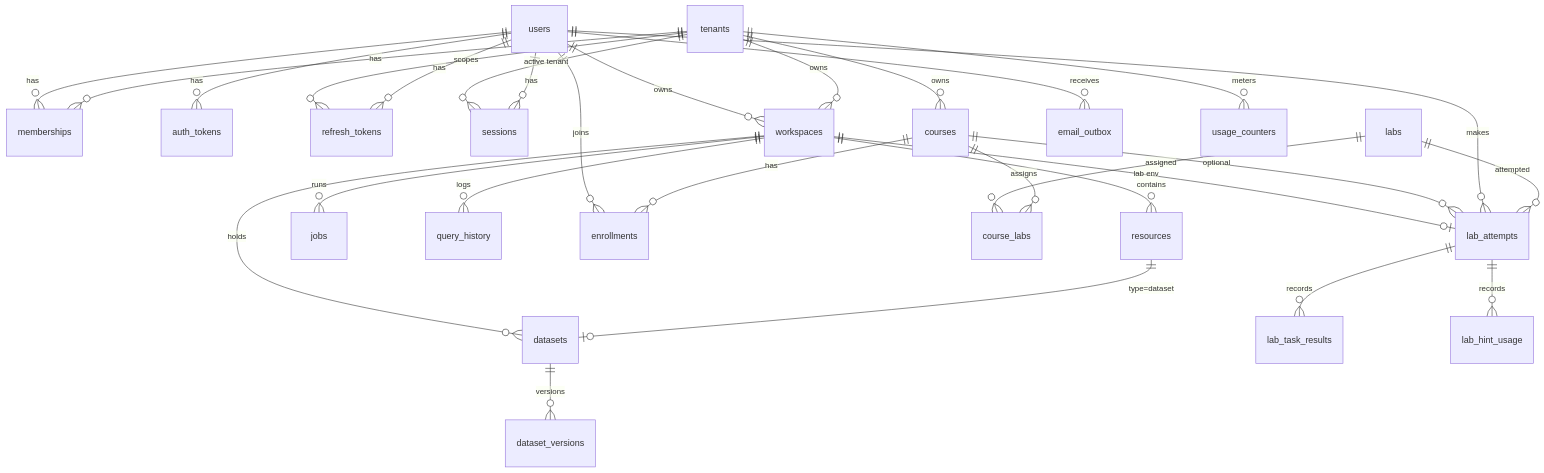
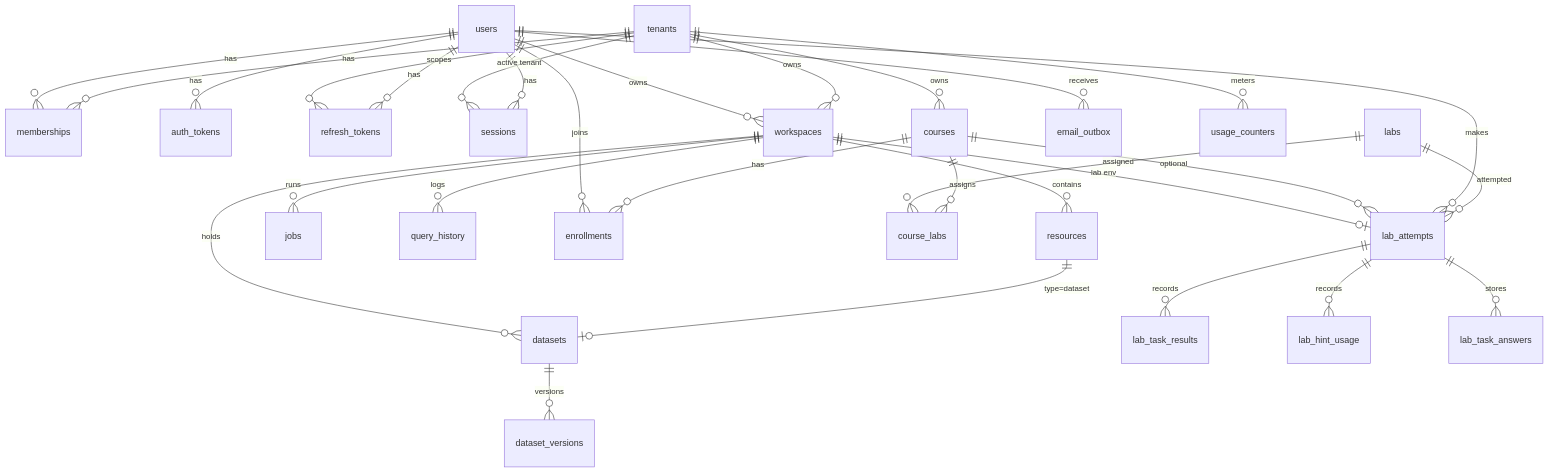
The diagram in docs/database/SCHEMA.md (gustabin/educloudlab), drawn with Mermaid before and after one commit. The commit also changed other lines of this file and 77 other files, not shown here.

````diff
--- a/docs/database/SCHEMA.md
+++ b/docs/database/SCHEMA.md
@@ -64,31 +65,32 @@
 ```mermaid
 erDiagram
   tenants ||--o{ memberships : has
   users ||--o{ memberships : has
   users ||--o{ auth_tokens : has
   users ||--o{ refresh_tokens : has
   users ||--o{ sessions : has
   tenants ||--o{ sessions : "active tenant"
   tenants ||--o{ refresh_tokens : scopes
   tenants ||--o{ workspaces : owns
   users ||--o{ workspaces : owns
   workspaces ||--o{ resources : contains
   resources ||--o| datasets : "type=dataset"
   workspaces ||--o{ datasets : holds
   datasets ||--o{ dataset_versions : versions
   workspaces ||--o{ jobs : runs
   workspaces ||--o{ query_history : logs
   tenants ||--o{ courses : owns
   courses ||--o{ enrollments : has
   users ||--o{ enrollments : joins
   courses ||--o{ course_labs : assigns
   labs ||--o{ course_labs : assigned
   labs ||--o{ lab_attempts : attempted
   users ||--o{ lab_attempts : makes
   courses ||--o{ lab_attempts : "optional"
   workspaces ||--o| lab_attempts : "lab env"
   lab_attempts ||--o{ lab_task_results : records
   lab_attempts ||--o{ lab_hint_usage : records
+  lab_attempts ||--o{ lab_task_answers : stores
   users ||--o{ email_outbox : receives
   tenants ||--o{ usage_counters : meters
 ```
````
